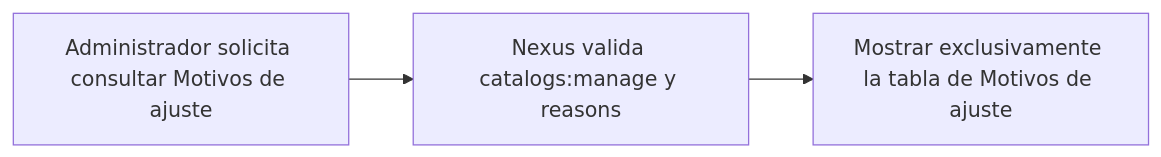
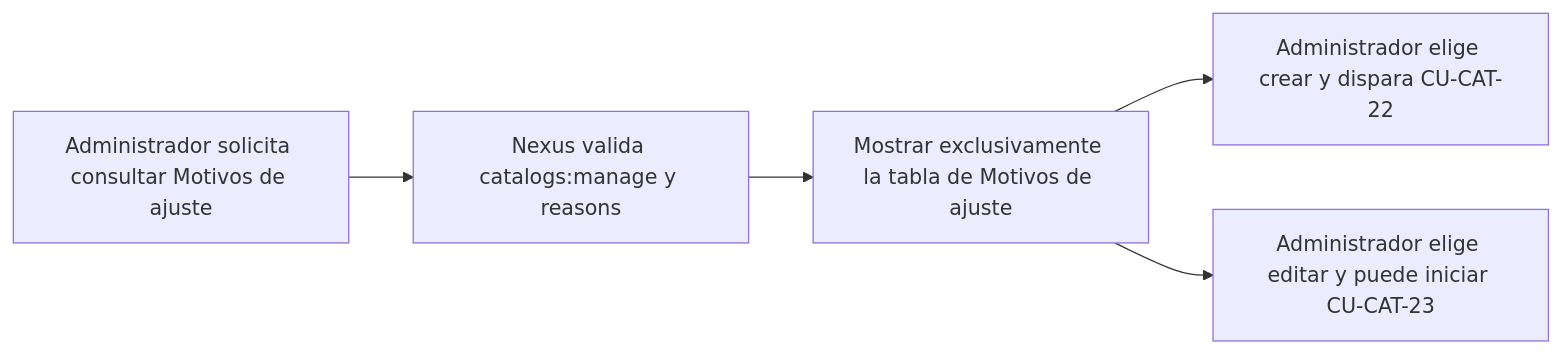
One commit to gpgsistemas01/nexus changed the diagram in docs/requirements/diagrams/catalogs/cu-cat-21.md. Above: the diagram before and after it, drawn with Mermaid. The commit also changed 473 other files, not shown here.

````diff
--- a/docs/requirements/diagrams/catalogs/cu-cat-21.md
+++ b/docs/requirements/diagrams/catalogs/cu-cat-21.md
@@ -3,5 +3,8 @@
 ```mermaid
 flowchart LR
+    accTitle: CU-CAT-21 — Consultar motivo de ajuste
     request["Administrador solicita consultar Motivos de ajuste"] --> authorize["Nexus valida catalogs:manage y reasons"]
     authorize --> result["Mostrar exclusivamente la tabla de Motivos de ajuste"]
+    result --> create["Administrador elige crear y dispara CU-CAT-22"]
+    result --> edit["Administrador elige editar y puede iniciar CU-CAT-23"]
 ```
````
